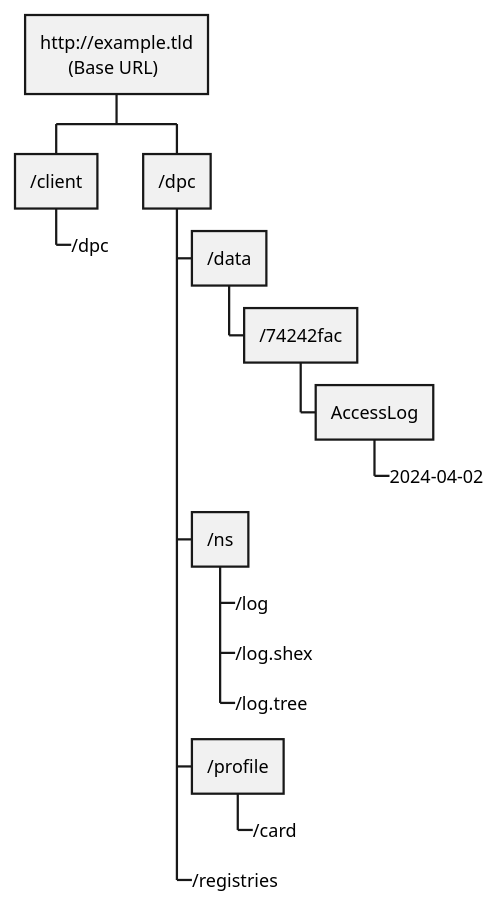
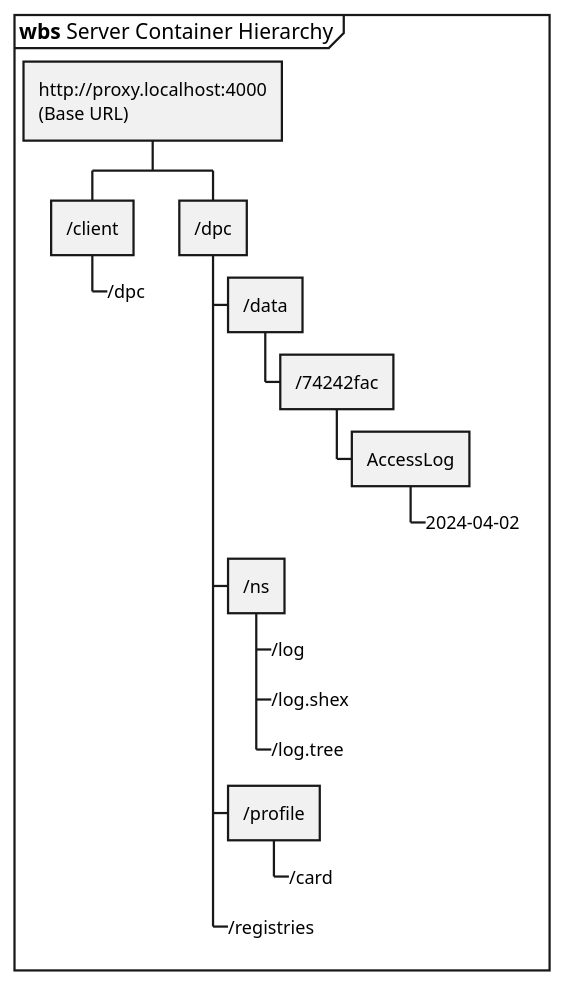
Before and after one commit to guddii/SEACT: the diagram in docs/resources/diagrams/wbs_Endpoint_structure.puml, drawn with PlantUML. The commit also changed 7557 other files, not shown here.

```diff
--- a/docs/resources/diagrams/wbs_Endpoint_structure.puml
+++ b/docs/resources/diagrams/wbs_Endpoint_structure.puml
@@ -1,17 +1,18 @@
 @startwbs
-+ http://example.tld\n      (Base URL)
+mainframe **wbs** Server Container Hierarchy
++ http://proxy.localhost:4000\n(Base URL)
 ++ /client
 +++_ /dpc
 ++ /dpc
 +++ /data
 ++++ /74242fac
 +++++ AccessLog
 ++++++_ 2024-04-02
 +++ /ns
 ++++_ /log
 ++++_ /log.shex
 ++++_ /log.tree
 +++ /profile
 ++++_ /card
 +++_ /registries
 @endwbs
```
